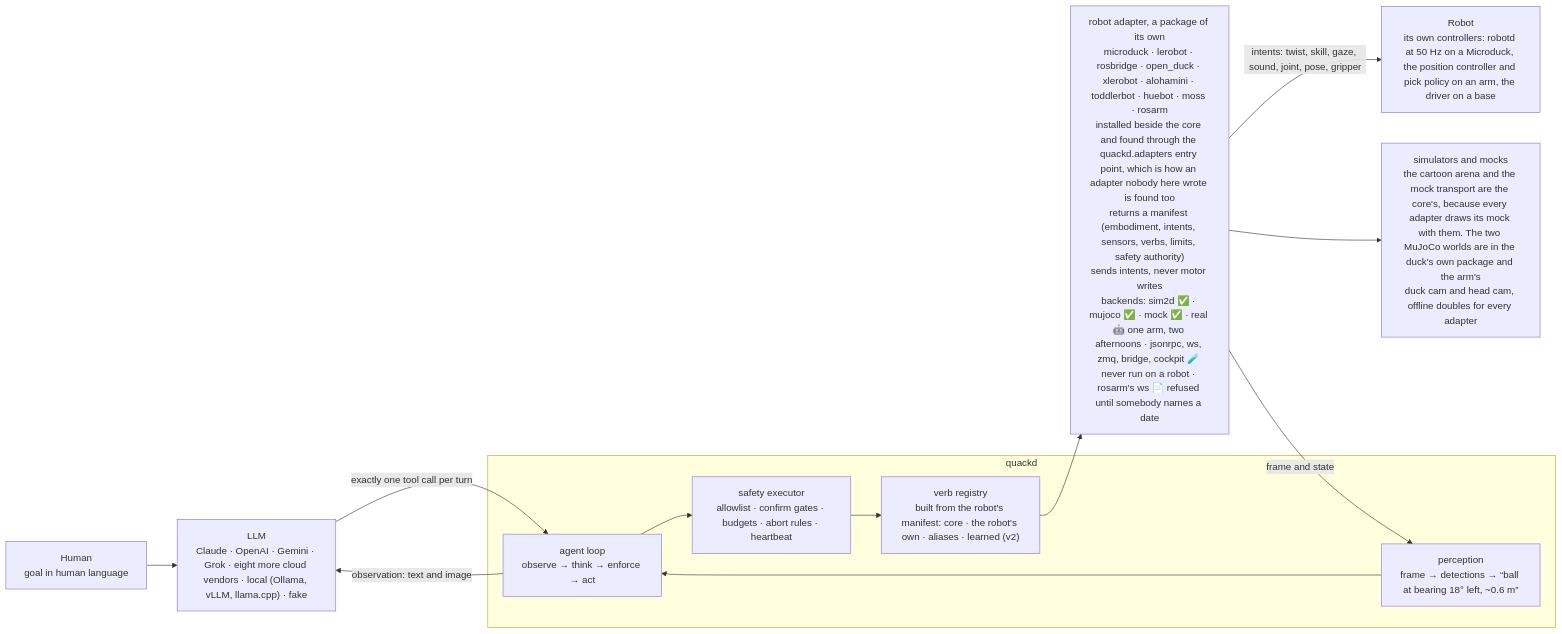
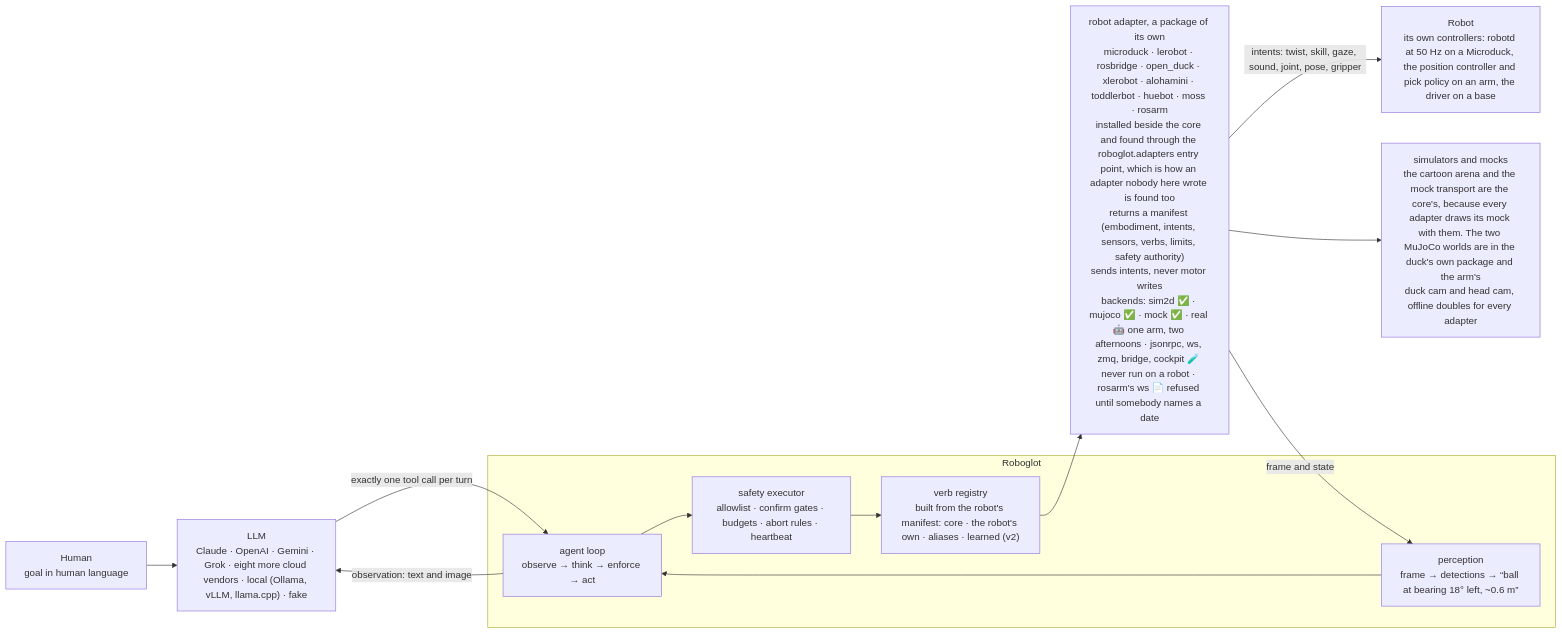
Before and after one commit to rokbenko/quackd: the second of 2 diagrams in README.md, drawn with Mermaid. The commit also changed other lines of this file and 1857 other files, not shown here.

````diff
--- a/README.md
+++ b/README.md
@@ -627,21 +627,21 @@
 ```mermaid
 flowchart LR
     HUMAN["Human<br/>goal in human language"]
     LLM["LLM<br/>Claude · OpenAI · Gemini · Grok · eight more cloud vendors · local (Ollama, vLLM, llama.cpp) · fake"]
-    subgraph quackd
+    subgraph Roboglot
         LOOP["agent loop<br/>observe → think → enforce → act"]
         EXEC["safety executor<br/>allowlist · confirm gates · budgets · abort rules · heartbeat"]
         VERBS["verb registry<br/>built from the robot's manifest: core · the robot's own · aliases · learned (v2)"]
         PERC["perception<br/>frame → detections → “ball at bearing 18° left, ~0.6 m”"]
     end
-    ADAPTER["robot adapter, a package of its own<br/>microduck · lerobot · rosbridge · open_duck · xlerobot · alohamini · toddlerbot · huebot · moss · rosarm<br/>installed beside the core and found through the quackd.adapters entry point, which is how an adapter nobody here wrote is found too<br/>returns a manifest (embodiment, intents, sensors, verbs, limits, safety authority)<br/>sends intents, never motor writes<br/>backends: sim2d ✅ · mujoco ✅ · mock ✅ · real 🤖 one arm, two afternoons · jsonrpc, ws, zmq, bridge, cockpit 🧪 never run on a robot · rosarm's ws 📄 refused until somebody names a date"]
+    ADAPTER["robot adapter, a package of its own<br/>microduck · lerobot · rosbridge · open_duck · xlerobot · alohamini · toddlerbot · huebot · moss · rosarm<br/>installed beside the core and found through the roboglot.adapters entry point, which is how an adapter nobody here wrote is found too<br/>returns a manifest (embodiment, intents, sensors, verbs, limits, safety authority)<br/>sends intents, never motor writes<br/>backends: sim2d ✅ · mujoco ✅ · mock ✅ · real 🤖 one arm, two afternoons · jsonrpc, ws, zmq, bridge, cockpit 🧪 never run on a robot · rosarm's ws 📄 refused until somebody names a date"]
     ROBOT["Robot<br/>its own controllers: robotd at 50 Hz on a Microduck, the position controller and pick policy on an arm, the driver on a base"]
     SIM["simulators and mocks<br/>the cartoon arena and the mock transport are the core's, because every adapter draws its mock with them. The two MuJoCo worlds are in the duck's own package and the arm's<br/>duck cam and head cam, offline doubles for every adapter"]
     HUMAN --> LLM
     LLM -- "exactly one tool call per turn" --> LOOP
     LOOP --> EXEC --> VERBS --> ADAPTER
     ADAPTER -- "intents: twist, skill, gaze, sound, joint, pose, gripper" --> ROBOT
     ADAPTER --> SIM
     ADAPTER -- "frame and state" --> PERC --> LOOP
     LOOP -- "observation: text and image" --> LLM
 ```
````
